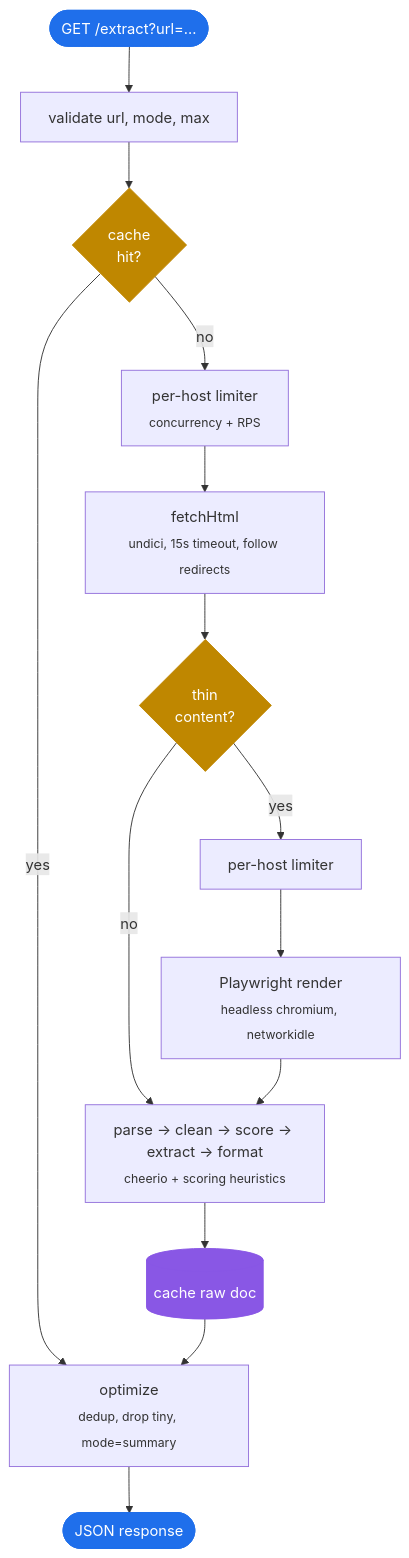
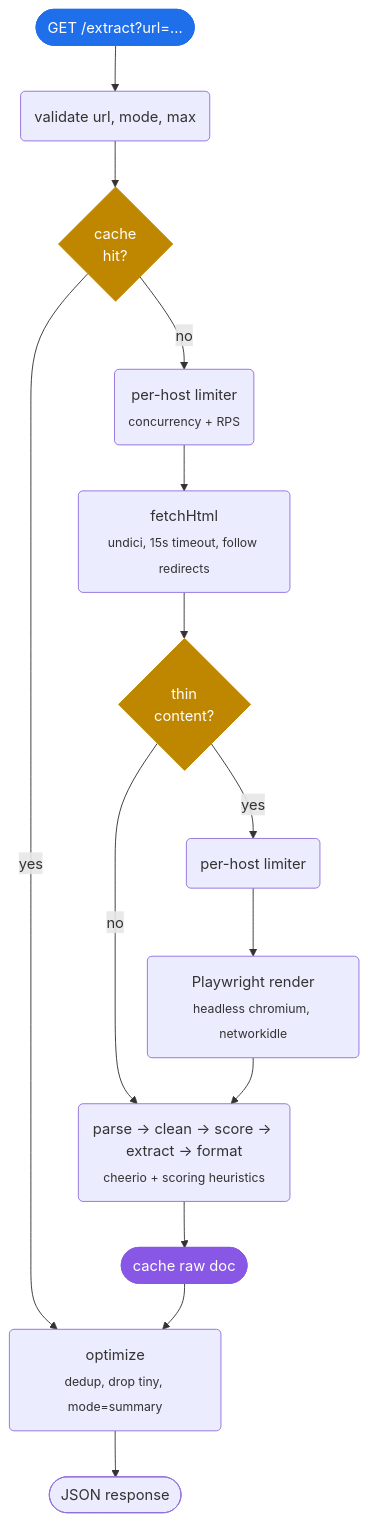
The diagram in README.md (Raccoon254/fastparse), drawn with Mermaid before and after one commit. The commit also changed other lines of this file and 8 other files, not shown here.

````diff
--- a/README.md
+++ b/README.md
@@ -58,23 +86,23 @@
 ```mermaid
 flowchart TD
-    A([GET /extract?url=&hellip;]) --> V[validate url, mode, max]
+    A([GET /extract?url=&hellip;]) --> V(validate url, mode, max)
     V --> C{cache<br/>hit?}
     C -- yes --> O
-    C -- no --> L1[per-host limiter<br/><sub>concurrency + RPS</sub>]
-    L1 --> F[fetchHtml<br/><sub>undici, 15s timeout, follow redirects</sub>]
+    C -- no --> L1(per-host limiter<br/><sub>concurrency + RPS</sub>)
+    L1 --> F(fetchHtml<br/><sub>undici, 15s timeout, follow redirects</sub>)
     F --> T{thin<br/>content?}
     T -- no --> P
-    T -- yes --> L2[per-host limiter]
-    L2 --> R[Playwright render<br/><sub>headless chromium, networkidle</sub>]
+    T -- yes --> L2(per-host limiter)
+    L2 --> R(Playwright render<br/><sub>headless chromium, networkidle</sub>)
     R --> P
-    P[parse &rarr; clean &rarr; score &rarr; extract &rarr; format<br/><sub>cheerio + scoring heuristics</sub>] --> S[(cache raw doc)]
-    S --> O[optimize<br/><sub>dedup, drop tiny, mode=summary</sub>]
+    P(parse &rarr; clean &rarr; score &rarr; extract &rarr; format<br/><sub>cheerio + scoring heuristics</sub>) --> S([cache raw doc])
+    S --> O(optimize<br/><sub>dedup, drop tiny, mode=summary</sub>)
     O --> J([JSON response])
 
     classDef io fill:#1f6feb,stroke:#1f6feb,color:#fff
     classDef cache fill:#8957e5,stroke:#8957e5,color:#fff
     classDef branch fill:#bf8700,stroke:#bf8700,color:#fff
-    class A,J io
+    class A,JJ,MR io
     class S cache
-    class C,T branch
+    class C,T,M branch
 ```
````
